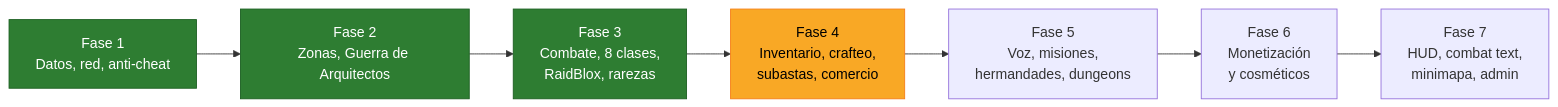
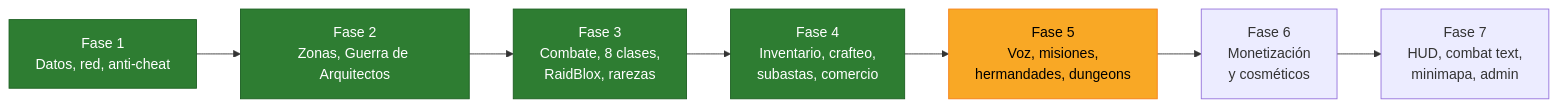
Before and after one commit to vonvivant/raidblox: the diagram in docs/roadmap.md, drawn with Mermaid. The commit also changed other lines of this file and 5 other files, not shown here.

First line of the commit message:
Docs: economía (subastas, entregas pendientes, comercio) y diagramas

````diff
--- a/docs/roadmap.md
+++ b/docs/roadmap.md
@@ -5,12 +5,12 @@
 ```mermaid
 flowchart LR
     F1[Fase 1<br/>Datos, red, anti-cheat]:::hecho --> F2[Fase 2<br/>Zonas, Guerra de Arquitectos]:::hecho
     F2 --> F3[Fase 3<br/>Combate, 8 clases,<br/>RaidBlox, rarezas]:::hecho
-    F3 --> F4[Fase 4<br/>Inventario, crafteo,<br/>subastas, comercio]:::siguiente
-    F4 --> F5[Fase 5<br/>Voz, misiones,<br/>hermandades, dungeons]
+    F3 --> F4[Fase 4<br/>Inventario, crafteo,<br/>subastas, comercio]:::hecho
+    F4 --> F5[Fase 5<br/>Voz, misiones,<br/>hermandades, dungeons]:::siguiente
     F5 --> F6[Fase 6<br/>Monetización<br/>y cosméticos]
     F6 --> F7[Fase 7<br/>HUD, combat text,<br/>minimapa, admin]
 
     classDef hecho fill:#2e7d32,color:#fff,stroke:#1b5e20
     classDef siguiente fill:#f9a825,color:#000,stroke:#f57f17
 ```
````
